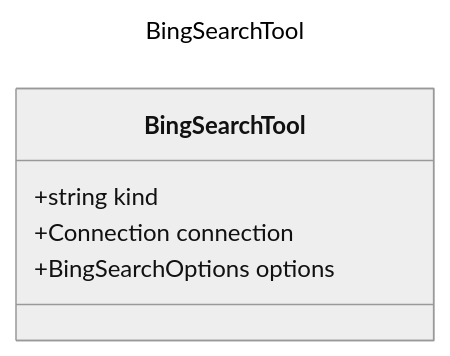
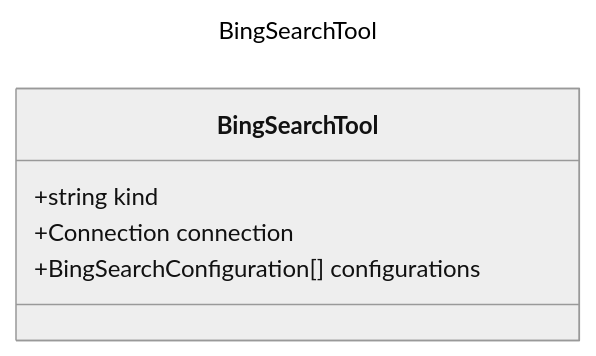
The diagram in specification/prompty/docs/BingSearchTool.md (microsoft/prompty), drawn with Mermaid (neutral theme) before and after one commit. The commit also changed other lines of this file and 14 other files, not shown here.

````diff
--- a/specification/prompty/docs/BingSearchTool.md
+++ b/specification/prompty/docs/BingSearchTool.md
@@ -7,11 +7,11 @@
 ```mermaid
 ---
 title: BingSearchTool
 ---
 classDiagram
     class BingSearchTool {
         +string kind
         +Connection connection
-        +BingSearchOptions options
+        +BingSearchConfiguration[] configurations
     }
 ```
````
